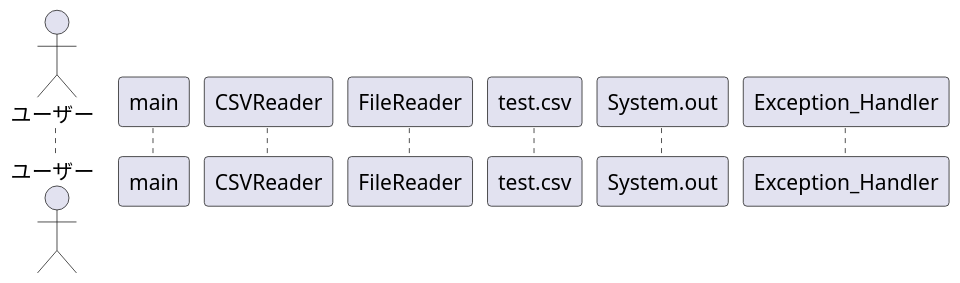
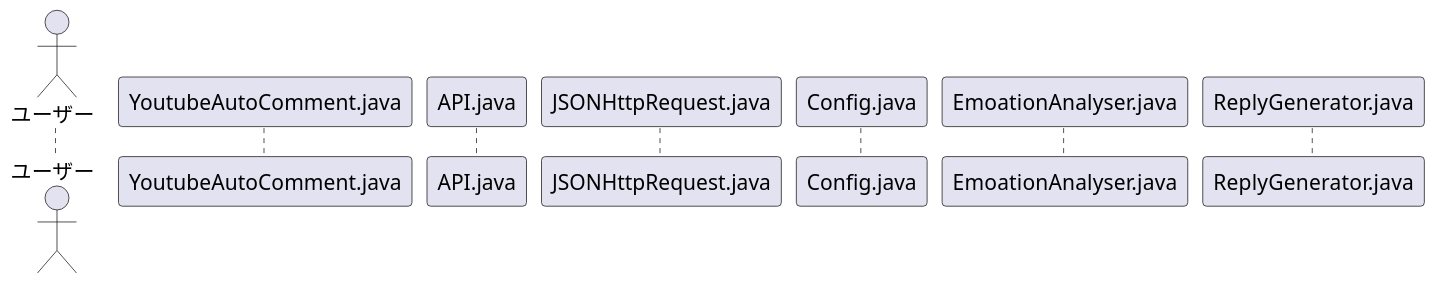
Before and after one commit to KataokaNagi/YoutubeAutoComment: the diagram in uml/YoutubeAutoComment_ScequenceDiagram.pu, drawn with PlantUML.

Commit message:
書き出すべきファイルの選定

```diff
--- a/uml/YoutubeAutoComment_ScequenceDiagram.pu
+++ b/uml/YoutubeAutoComment_ScequenceDiagram.pu
@@ -13,20 +13,23 @@
 @startuml out/ScequenceDiagram.png
 scale 1.5
 skinparam DefaultFontName メイリオ
 ' 可視性の変更
 skinparam classAttributeIconSize 0
 
+''''''''''''''''''''''''''''''''''''''''''''''''''
+
+
 ''''''''''''''''''''''''''''''''''''''''''''''''''''''''''''''''''''''''''''''''
 
 actor ユーザー
-participant main
-participant CSVReader
-participant FileReader
-participant test.csv
-participant System.out
-participant Exception_Handler
+participant YoutubeAutoComment.java
+participant API.java
+participant JSONHttpRequest.java
+participant Config.java
+participant EmoationAnalyser.java
+participant ReplyGenerator.java
 
 
 ''''''''''''''''''''''''''''''''''''''''''''''''''''''''''''''''''''''''''''''''
 
 @enduml
```
